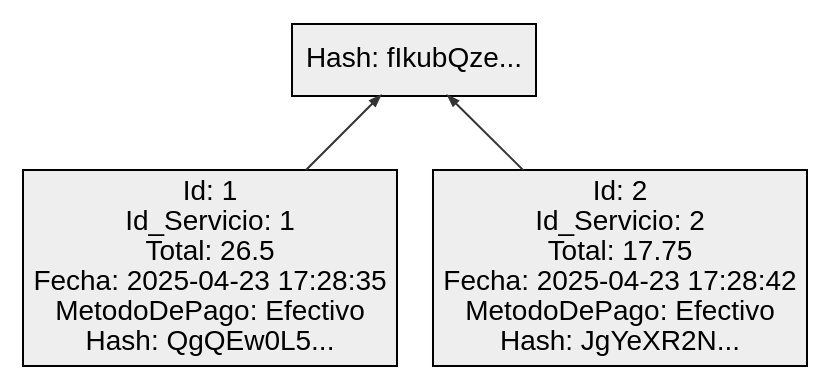
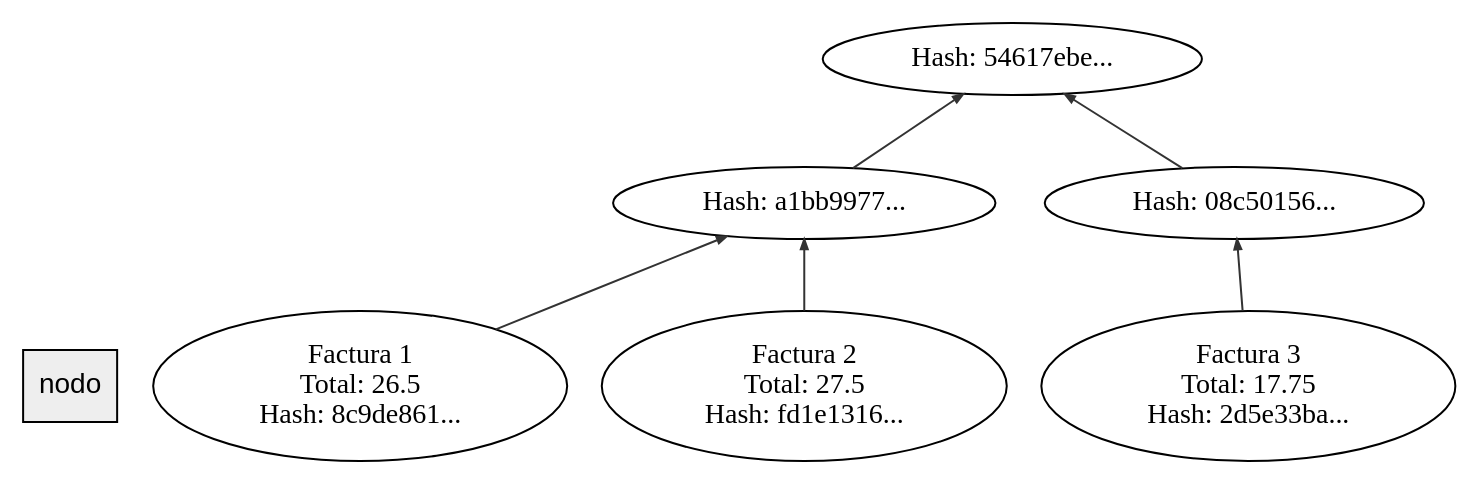
The diagram in Fase3/AutoGestPro/Reportes/ReporteFacturas.dot (0520Jose/-EDD-1S2025_202300539), drawn with Graphviz before and after one commit. The commit also changed 58 other files, not shown here.

```diff
--- a/Fase3/AutoGestPro/Reportes/ReporteFacturas.dot
+++ b/Fase3/AutoGestPro/Reportes/ReporteFacturas.dot
@@ -1,29 +1,35 @@
 digraph G {
-node [shape=record];
+nodo [shape=record];
 rankdir=BT;
-node [height=0.5];
-node [width=0.5];
-node [style=filled];
-node [fillcolor="#EEEEEE"];
-node [fontname="Arial"];
+nodo [height=0.5];
+nodo [width=0.5];
+nodo [style=filled];
+nodo [fillcolor="#EEEEEE"];
+nodo [fontname="Arial"];
 edge [fontname="Arial"];
 edge [fontsize=8];
 edge [fontcolor="#333333"];
 edge [labelfloat=false];
 edge [decorate=true];
 edge [style="solid"];
 edge [color="#333333"];
 edge [dir="forward"];
 edge [arrowhead="normal"];
 edge [arrowsize="0.5"];
 edge [arrowtail="normal"];
 edge [taillabel=""];
 edge [headlabel=""];
 edge [label=""];
 edge [weight="1"];
-"fIkubQzeWu3f68qCp05Yu6hiABohHRxNj9FJq7zSGD8=" [label="Hash: fIkubQze..."];
-"QgQEw0L5rYW5XygqCBx6+b+ra9d30WEhfiVPqEKw71k=" -> "fIkubQzeWu3f68qCp05Yu6hiABohHRxNj9FJq7zSGD8=";
-"QgQEw0L5rYW5XygqCBx6+b+ra9d30WEhfiVPqEKw71k=" [label="Id: 1\nId_Servicio: 1\nTotal: 26.5\nFecha: 2025-04-23 17:28:35\nMetodoDePago: Efectivo\nHash: QgQEw0L5..."];
-"JgYeXR2Nrxmqgsj6c2GDjqMrUdUQyaaaP2fcrhd2JtM=" -> "fIkubQzeWu3f68qCp05Yu6hiABohHRxNj9FJq7zSGD8=";
-"JgYeXR2Nrxmqgsj6c2GDjqMrUdUQyaaaP2fcrhd2JtM=" [label="Id: 2\nId_Servicio: 2\nTotal: 17.75\nFecha: 2025-04-23 17:28:42\nMetodoDePago: Efectivo\nHash: JgYeXR2N..."];
+  nodo0 [label="Hash: 54617ebe..."];
+ nodo1 -> nodo0;
+  nodo1 [label="Hash: a1bb9977..."];
+ nodo2 -> nodo1;
+  nodo2 [label="Factura 1\nTotal: 26.5\nHash: 8c9de861..."];
+ nodo3 -> nodo1;
+  nodo3 [label="Factura 2\nTotal: 27.5\nHash: fd1e1316..."];
+ nodo4 -> nodo0;
+  nodo4 [label="Hash: 08c50156..."];
+ nodo5 -> nodo4;
+  nodo5 [label="Factura 3\nTotal: 17.75\nHash: 2d5e33ba..."];
 }
```
